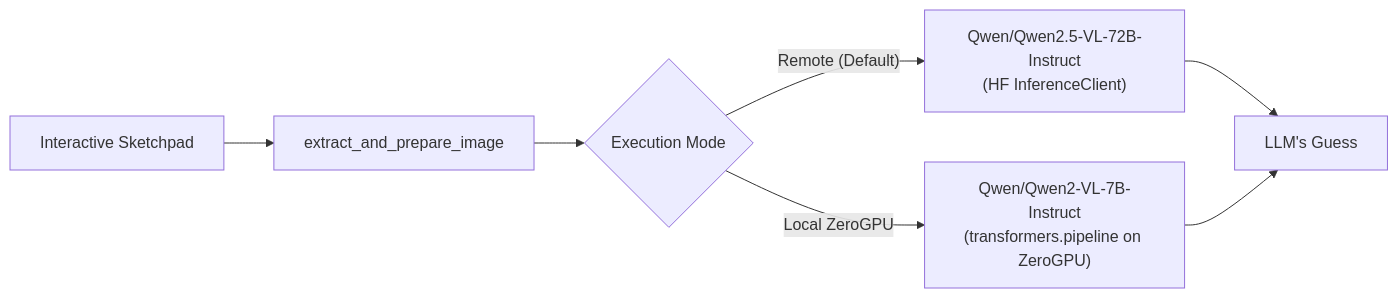
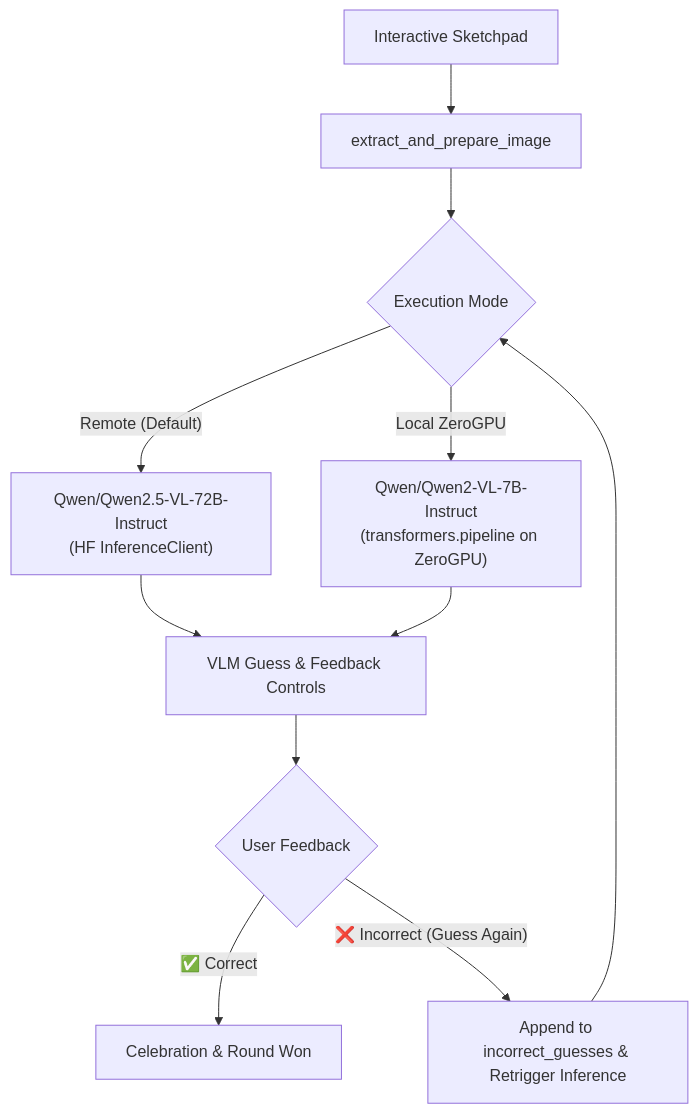
One commit to abugb/Case-Study-1 changed the diagram in README.md. Above: the diagram before and after it, drawn with Mermaid. The commit also changed other lines of this file and 2 other files, not shown here.

Commit message:
added sequential guessing

````diff
--- a/README.md
+++ b/README.md
@@ -33,9 +37,13 @@
 ```mermaid
-flowchart LR
+flowchart TD
     A["Interactive Sketchpad"] --> B["extract_and_prepare_image"]
     B --> C{"Execution Mode"}
     C -->|"Remote (Default)"| D["Qwen/Qwen2.5-VL-72B-Instruct<br/>(HF InferenceClient)"]
     C -->|"Local ZeroGPU"| E["Qwen/Qwen2-VL-7B-Instruct<br/>(transformers.pipeline on ZeroGPU)"]
-    D --> F["LLM's Guess"]
+    D --> F["VLM Guess & Feedback Controls"]
     E --> F
+    F --> G{"User Feedback"}
+    G -->|"✅ Correct"| H["Celebration & Round Won"]
+    G -->|"❌ Incorrect (Guess Again)"| I["Append to incorrect_guesses & Retrigger Inference"]
+    I --> C
 ```
````
